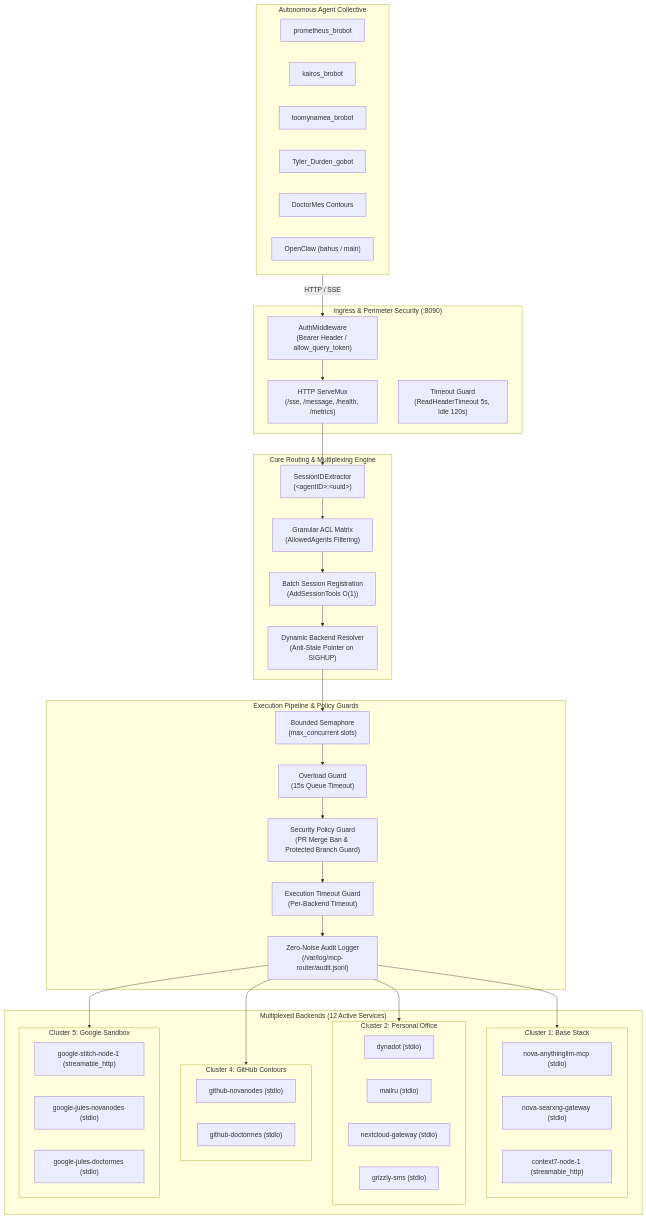
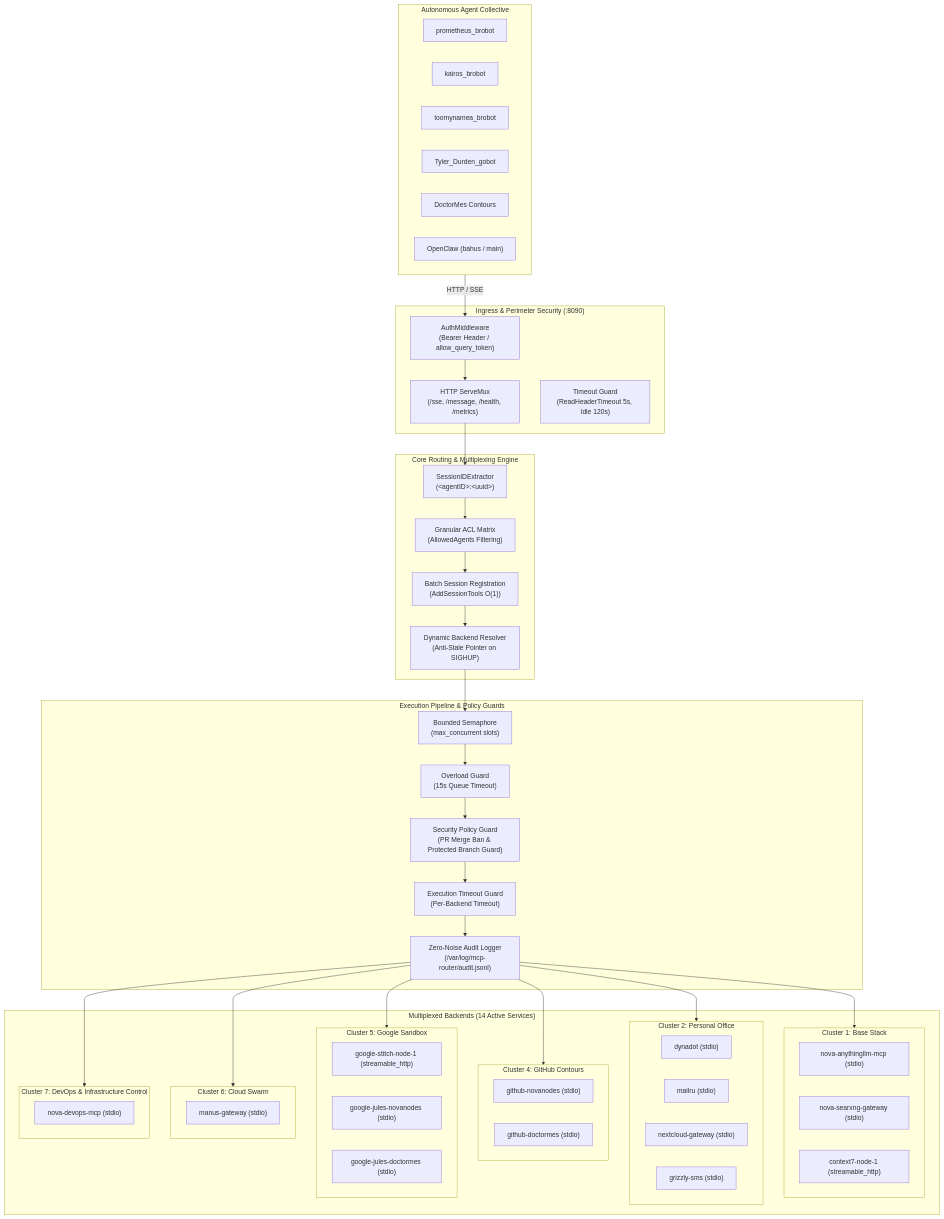
One commit to TheNovaNodes/mcp-router changed the diagram in ARCHITECTURE.md. Above: the diagram before and after it, drawn with Mermaid. The commit also changed other lines of this file and 3 other files, not shown here.

Commit message:
feat(config): register Cluster 7 nova-devops-mcp for prometheus_brobot

````diff
--- a/ARCHITECTURE.md
+++ b/ARCHITECTURE.md
@@ -9,68 +9,74 @@
 ```mermaid
 flowchart TD
     subgraph Agents["Autonomous Agent Collective"]
         A1["prometheus_brobot"]
         A2["kairos_brobot"]
         A3["toomynamea_brobot"]
         A4["Tyler_Durden_gobot"]
         A5["DoctorMes Contours"]
         A6["OpenClaw (bahus / main)"]
     end
 
     subgraph Ingress["Ingress & Perimeter Security (:8090)"]
         AUTH["AuthMiddleware<br/>(Bearer Header / allow_query_token)"]
         ROUTER["HTTP ServeMux<br/>(/sse, /message, /health, /metrics)"]
         DOS["Timeout Guard<br/>(ReadHeaderTimeout 5s, Idle 120s)"]
     end
 
     subgraph Engine["Core Routing & Multiplexing Engine"]
         EXTRACT["SessionIDExtractor<br/>(&lt;agentID&gt;:&lt;uuid&gt;)"]
         ACL["Granular ACL Matrix<br/>(AllowedAgents Filtering)"]
         BATCH["Batch Session Registration<br/>(AddSessionTools O(1))"]
         DYNAMIC["Dynamic Backend Resolver<br/>(Anti-Stale Pointer on SIGHUP)"]
     end
 
     subgraph Guards["Execution Pipeline & Policy Guards"]
         SEM["Bounded Semaphore<br/>(max_concurrent slots)"]
         OVERLOAD["Overload Guard<br/>(15s Queue Timeout)"]
         BRANCH_GUARD["Security Policy Guard<br/>(PR Merge Ban & Protected Branch Guard)"]
         TIMEOUT["Execution Timeout Guard<br/>(Per-Backend Timeout)"]
         AUDIT["Zero-Noise Audit Logger<br/>(/var/log/mcp-router/audit.jsonl)"]
     end
 
-    subgraph Backends["Multiplexed Backends (12 Active Services)"]
+    subgraph Backends["Multiplexed Backends (14 Active Services)"]
         subgraph C1["Cluster 1: Base Stack"]
             B_ALM["nova-anythingllm-mcp (stdio)"]
             B_SEARX["nova-searxng-gateway (stdio)"]
             B_CTX7["context7-node-1 (streamable_http)"]
         end
         subgraph C2["Cluster 2: Personal Office"]
             B_DYNA["dynadot (stdio)"]
             B_MAIL["mailru (stdio)"]
             B_NC_GW["nextcloud-gateway (stdio)"]
             B_GRIZZLY["grizzly-sms (stdio)"]
         end
         subgraph C4["Cluster 4: GitHub Contours"]
             B_GH_NOVA["github-novanodes (stdio)"]
             B_GH_DOC["github-doctormes (stdio)"]
         end
         subgraph C5["Cluster 5: Google Sandbox"]
             B_STITCH["google-stitch-node-1 (streamable_http)"]
             B_JULES_NOVA["google-jules-novanodes (stdio)"]
             B_JULES_DOC["google-jules-doctormes (stdio)"]
         end
+        subgraph C6["Cluster 6: Cloud Swarm"]
+            B_MANUS["manus-gateway (stdio)"]
+        end
+        subgraph C7["Cluster 7: DevOps & Infrastructure Control"]
+            B_DEVOPS["nova-devops-mcp (stdio)"]
+        end
     end
 
     Agents -->|HTTP / SSE| AUTH
     AUTH --> ROUTER
     ROUTER --> EXTRACT
     EXTRACT --> ACL
     ACL --> BATCH
     BATCH --> DYNAMIC
     DYNAMIC --> SEM
     SEM --> OVERLOAD
     OVERLOAD --> BRANCH_GUARD
     BRANCH_GUARD --> TIMEOUT
     TIMEOUT --> AUDIT
-    AUDIT --> C1 & C2 & C4 & C5
+    AUDIT --> C1 & C2 & C4 & C5 & C6 & C7
 ```
````
